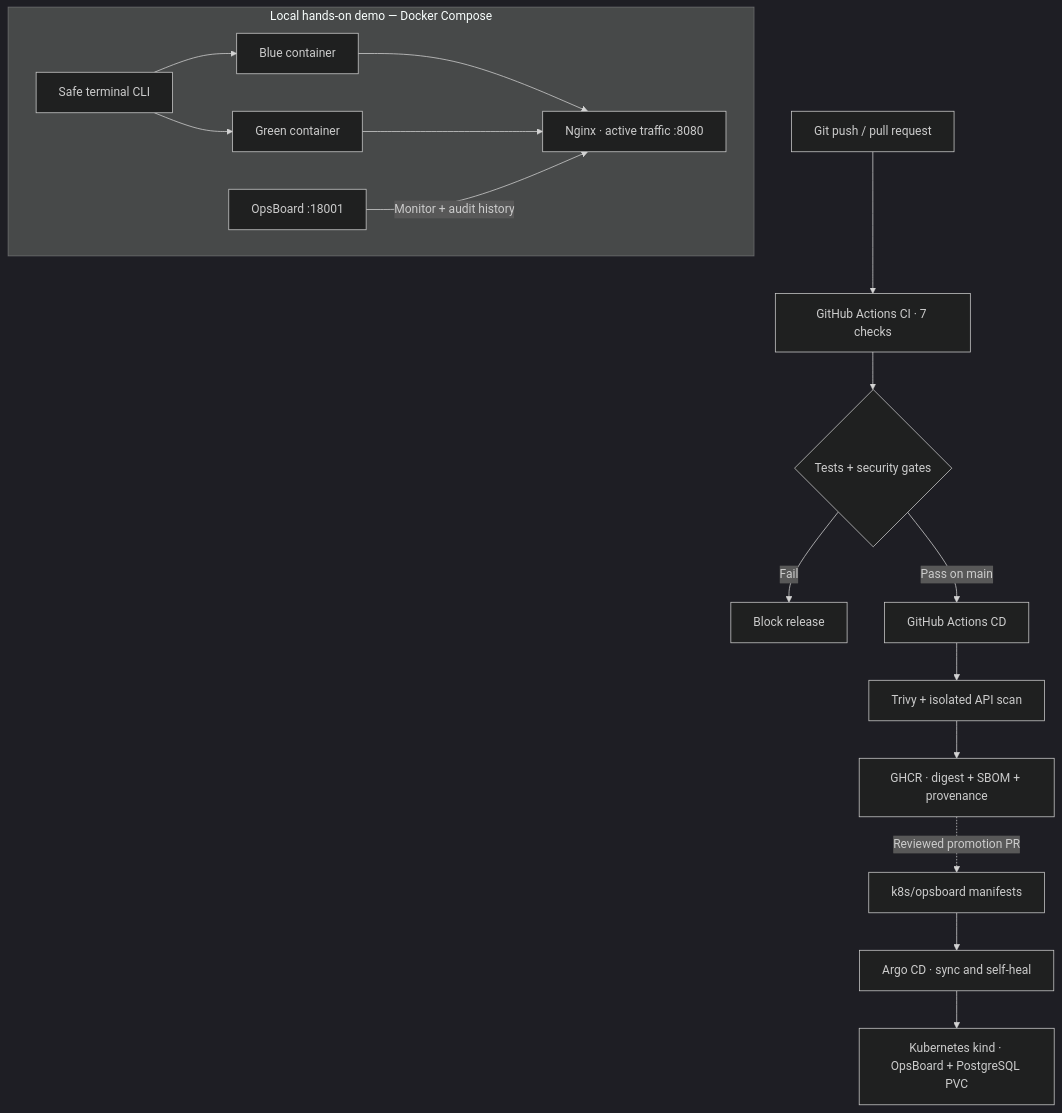
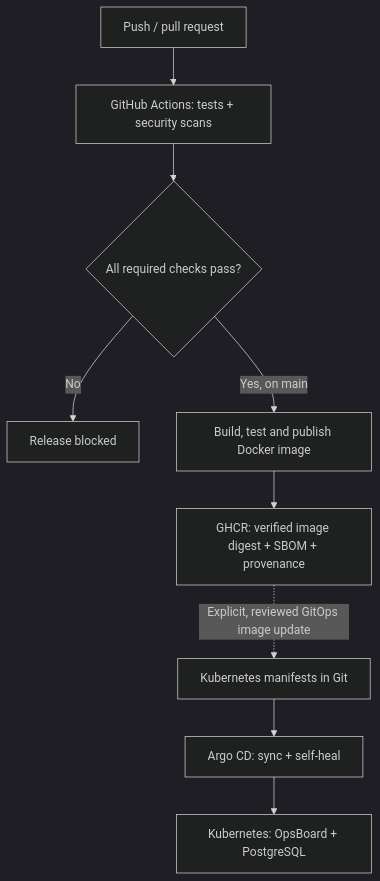
Before and after one commit to Mishkaaass/ci-cd-lab: the first of 2 diagrams in README.md, drawn with Mermaid (dark theme). The commit also changed other lines of this file and 3 other files, not shown here.

Commit message:
docs: explain both DevOps demos with beginner walkthroughs (#41)

````diff
--- a/README.md
+++ b/README.md
@@ -13,19 +13,11 @@
 ```mermaid
 flowchart TB
-  Dev["Git push / pull request"] --> CI["GitHub Actions CI · 7 checks"]
-  CI --> Gate{"Tests + security gates"}
-  Gate -->|Fail| Block["Block release"]
-  Gate -->|Pass on main| CD["GitHub Actions CD"]
-  CD --> Scan["Trivy + isolated API scan"]
-  Scan --> Registry["GHCR · digest + SBOM + provenance"]
-  Registry -.->|Reviewed promotion PR| Git["k8s/opsboard manifests"]
-  Git --> Argo["Argo CD · sync and self-heal"]
-  Argo --> K8s["Kubernetes kind · OpsBoard + PostgreSQL PVC"]
-  subgraph Demo["Local hands-on demo — Docker Compose"]
-    CLI["Safe terminal CLI"] --> Blue["Blue container"]
-    CLI --> Green["Green container"]
-    Blue --> Nginx["Nginx · active traffic :8080"]
-    Green --> Nginx
-    UI["OpsBoard :18001"] -->|"Monitor + audit history"| Nginx
-  end
+  Git["Push / pull request"] --> CI["GitHub Actions: tests + security scans"]
+  CI --> Gate{"All required checks pass?"}
+  Gate -->|No| Block["Release blocked"]
+  Gate -->|Yes, on main| CD["Build, test and publish Docker image"]
+  CD --> GHCR["GHCR: verified image digest + SBOM + provenance"]
+  GHCR -.->|"Explicit, reviewed GitOps image update"| Manifests["Kubernetes manifests in Git"]
+  Manifests --> Argo["Argo CD: sync + self-heal"]
+  Argo --> K8s["Kubernetes: OpsBoard + PostgreSQL"]
 ```
````
